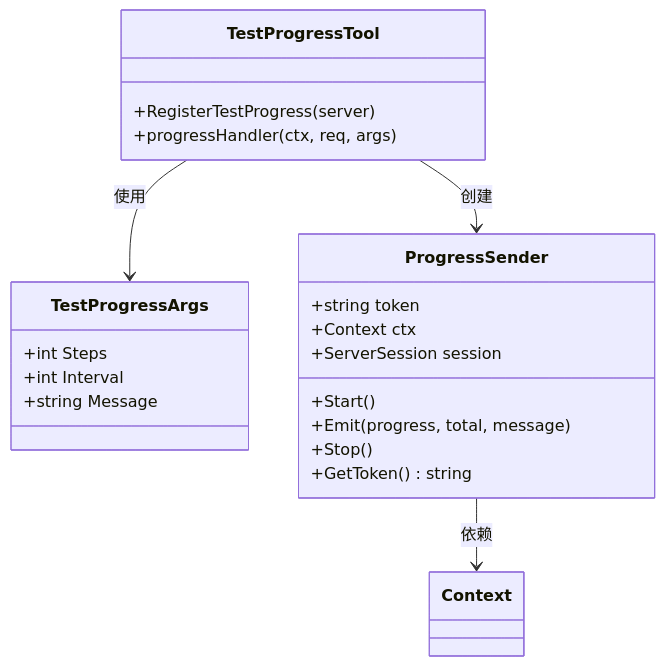
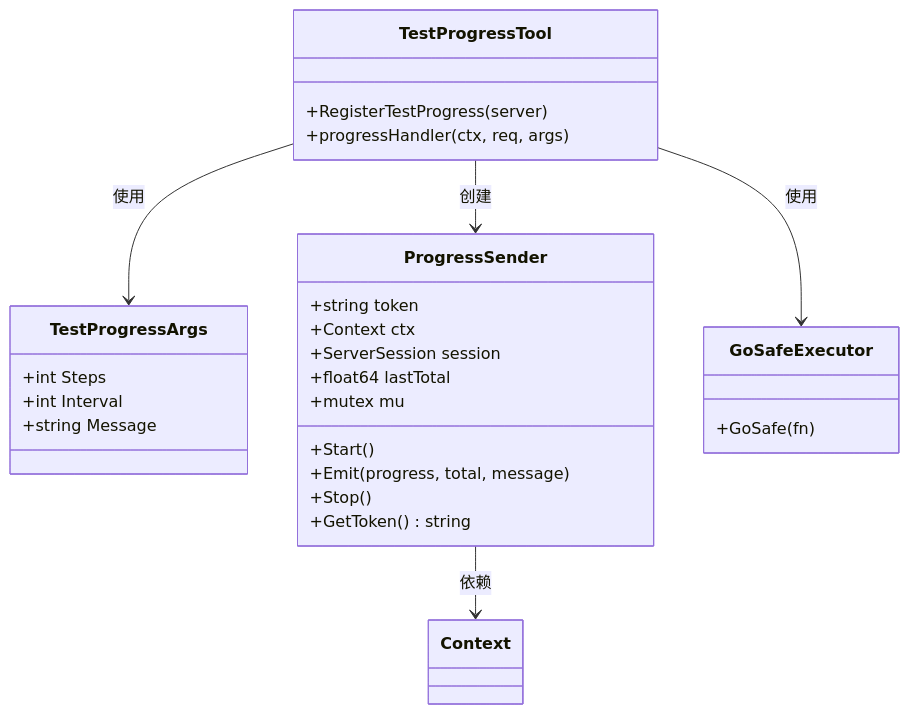
Before and after one commit to maomao94/zero-service: the fourth of 9 diagrams in .qoder/repowiki/zh/content/Test Progress Tool.md, drawn with Mermaid. The commit also changed other lines of this file and 48 other files, not shown here.

````diff
--- a/.qoder/repowiki/zh/content/Test Progress Tool.md
+++ b/.qoder/repowiki/zh/content/Test Progress Tool.md
@@ -227,24 +234,30 @@
 ```mermaid
 classDiagram
 class TestProgressArgs {
 +int Steps
 +int Interval
 +string Message
 }
 class ProgressSender {
 +string token
 +Context ctx
 +ServerSession session
++float64 lastTotal
++mutex mu
 +Start()
 +Emit(progress, total, message)
 +Stop()
 +GetToken() string
 }
 class TestProgressTool {
 +RegisterTestProgress(server)
 +progressHandler(ctx, req, args)
 }
+class GoSafeExecutor {
++GoSafe(fn)
+}
 TestProgressTool --> TestProgressArgs : 使用
 TestProgressTool --> ProgressSender : 创建
+TestProgressTool --> GoSafeExecutor : 使用
 ProgressSender --> Context : 依赖
 ```
````
